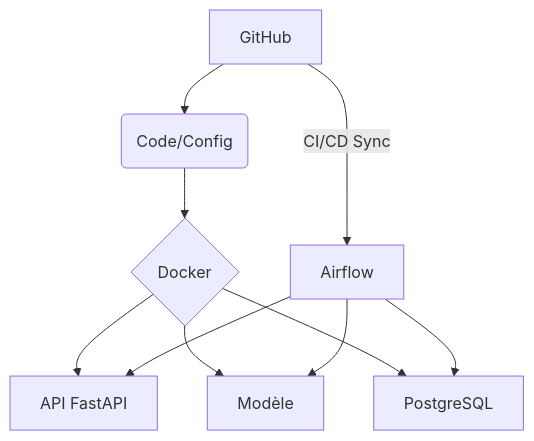
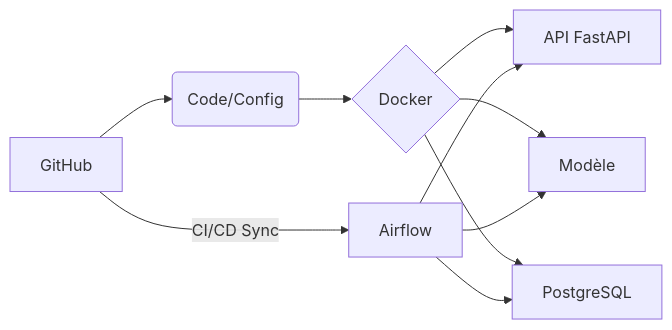
One commit to AntoinePELAMOURGUES/mlops_reco_movies changed the diagram in docs/introduction/methodologie.md. Above: the diagram before and after it, drawn with Mermaid. The commit also changed 2 other files, not shown here.

Commit message:
:memo: Ajout diagram mermaid / ajout vu dernière modification

````diff
--- a/docs/introduction/methodologie.md
+++ b/docs/introduction/methodologie.md
@@ -38,12 +38,12 @@
 ```mermaid
-graph TD
-    A[GitHub] --> B(Code/Config)
-    B --> C{Docker}
-    C --> D[API FastAPI]
-    C --> E[Modèle]
-    C --> F[PostgreSQL]
-    G[Airflow] --> D
-    G --> E
-    G --> F
-    A -- CI/CD Sync --> G
+graph LR
+    A[GitHub] --> B(Code/Config);
+    B --> C{Docker};
+    C --> D[API FastAPI];
+    C --> E[Modèle];
+    C --> F[PostgreSQL];
+    G[Airflow] --> D;
+    G --> E;
+    G --> F;
+    A -- CI/CD Sync --> G;
 ```
````
